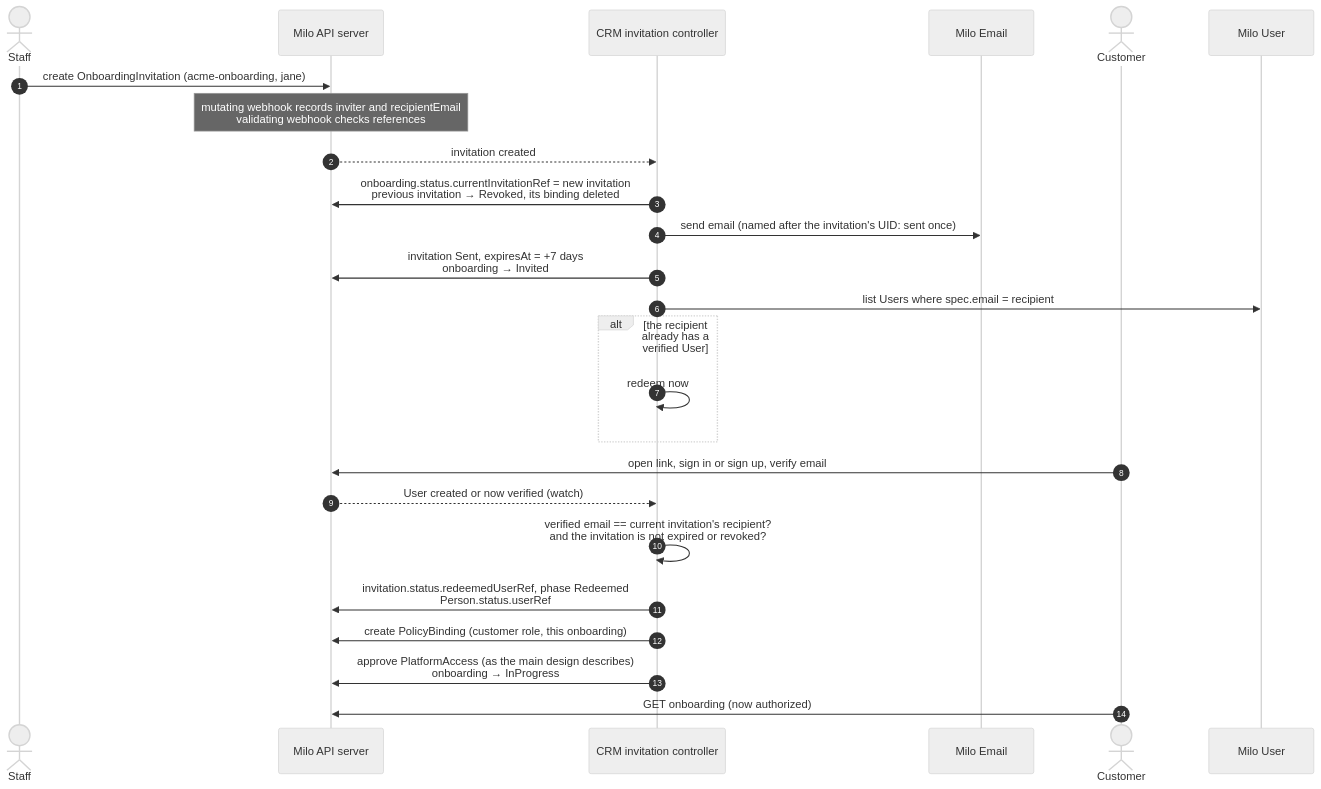
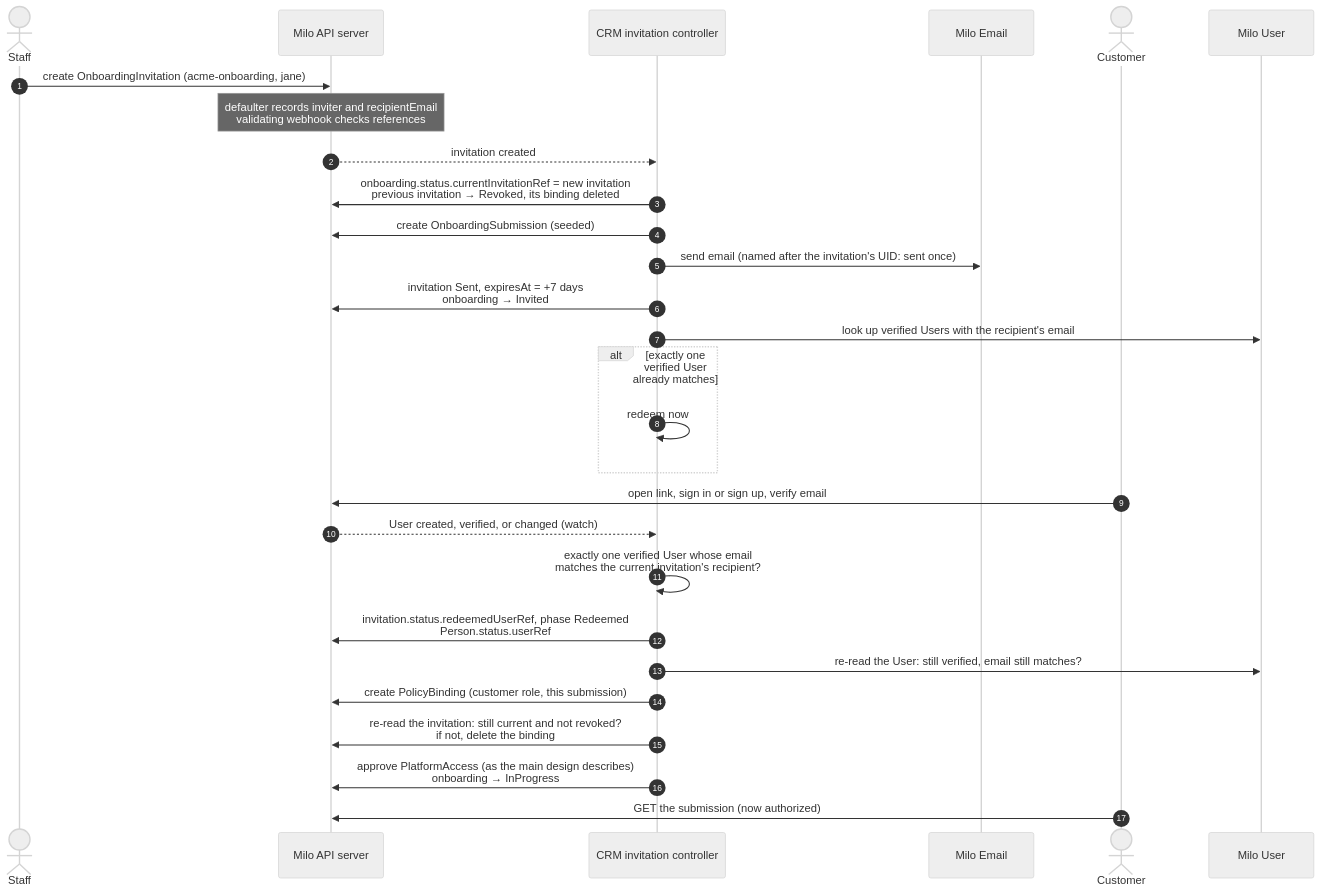
Before and after one commit to milo-os/crm: the fourth of 5 diagrams in docs/design/onboarding-actions.md, drawn with Mermaid (neutral theme). The commit also changed other lines of this file and 2 other files, not shown here.

First line of the commit message:
docs: give the customer their own OnboardingSubmission

````diff
--- a/docs/design/onboarding-actions.md
+++ b/docs/design/onboarding-actions.md
@@ -234,28 +248,31 @@
 ```mermaid
 sequenceDiagram
     autonumber
     actor Staff
     participant M as Milo API server
     participant RC as CRM invitation controller
     participant E as Milo Email
     actor C as Customer
     participant U as Milo User
 
     Staff->>M: create OnboardingInvitation (acme-onboarding, jane)
-    Note over M: mutating webhook records inviter and recipientEmail<br/>validating webhook checks references
+    Note over M: defaulter records inviter and recipientEmail<br/>validating webhook checks references
     M-->>RC: invitation created
     RC->>M: onboarding.status.currentInvitationRef = new invitation<br/>previous invitation → Revoked, its binding deleted
+    RC->>M: create OnboardingSubmission (seeded)
     RC->>E: send email (named after the invitation's UID: sent once)
     RC->>M: invitation Sent, expiresAt = +7 days<br/>onboarding → Invited
-    RC->>U: list Users where spec.email = recipient
-    alt the recipient already has a verified User
+    RC->>U: look up verified Users with the recipient's email
+    alt exactly one verified User already matches
         RC->>RC: redeem now
     end
     C->>M: open link, sign in or sign up, verify email
-    M-->>RC: User created or now verified (watch)
-    RC->>RC: verified email == current invitation's recipient?<br/>and the invitation is not expired or revoked?
+    M-->>RC: User created, verified, or changed (watch)
+    RC->>RC: exactly one verified User whose email<br/>matches the current invitation's recipient?
     RC->>M: invitation.status.redeemedUserRef, phase Redeemed<br/>Person.status.userRef
-    RC->>M: create PolicyBinding (customer role, this onboarding)
+    RC->>U: re-read the User: still verified, email still matches?
+    RC->>M: create PolicyBinding (customer role, this submission)
+    RC->>M: re-read the invitation: still current and not revoked?<br/>if not, delete the binding
     RC->>M: approve PlatformAccess (as the main design describes)<br/>onboarding → InProgress
-    C->>M: GET onboarding (now authorized)
+    C->>M: GET the submission (now authorized)
 ```
````
